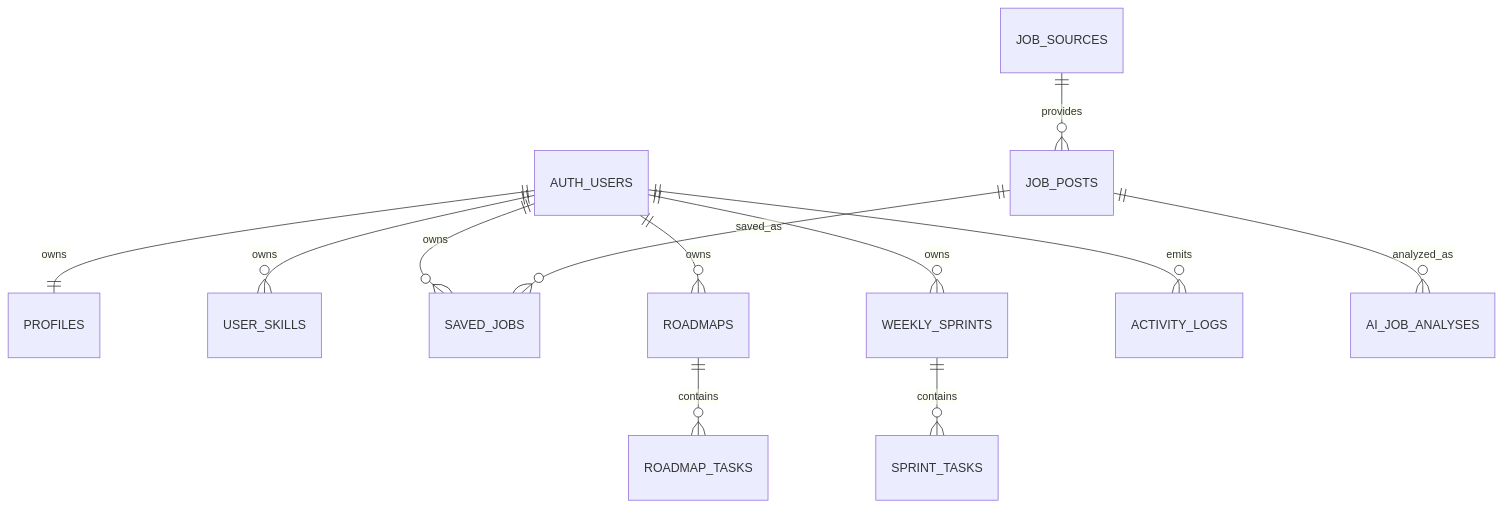
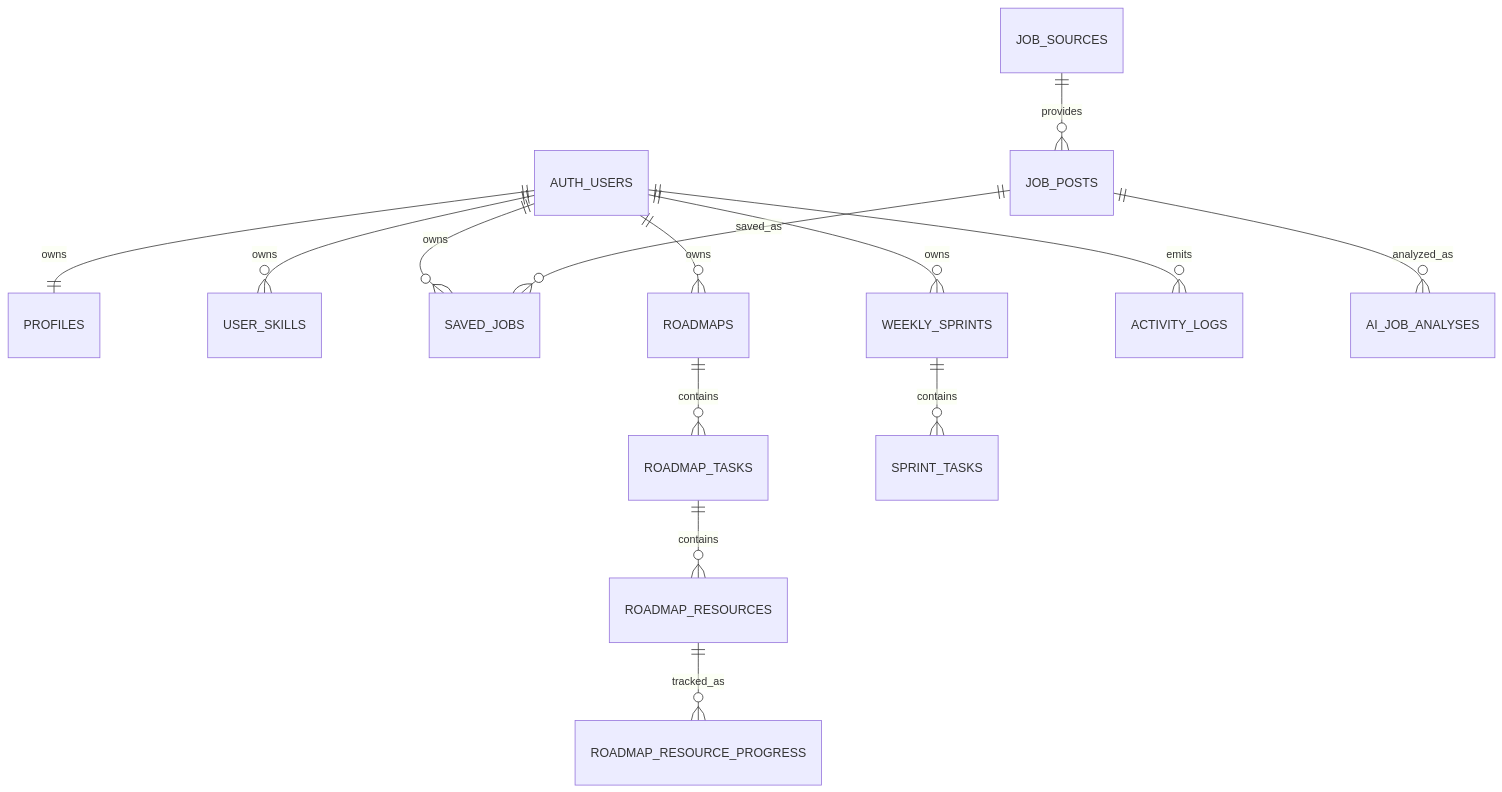
The diagram in docs/database-schema.md (Sutannn13/Skill-Path-AI), drawn with Mermaid before and after one commit. The commit also changed other lines of this file and 19 other files, not shown here.

````diff
--- a/docs/database-schema.md
+++ b/docs/database-schema.md
@@ -7,14 +7,16 @@
 ```mermaid
 erDiagram
   AUTH_USERS ||--|| PROFILES : owns
   AUTH_USERS ||--o{ USER_SKILLS : owns
   AUTH_USERS ||--o{ SAVED_JOBS : owns
   AUTH_USERS ||--o{ ROADMAPS : owns
   ROADMAPS ||--o{ ROADMAP_TASKS : contains
+  ROADMAP_TASKS ||--o{ ROADMAP_RESOURCES : contains
+  ROADMAP_RESOURCES ||--o{ ROADMAP_RESOURCE_PROGRESS : tracked_as
   AUTH_USERS ||--o{ WEEKLY_SPRINTS : owns
   WEEKLY_SPRINTS ||--o{ SPRINT_TASKS : contains
   AUTH_USERS ||--o{ ACTIVITY_LOGS : emits
   JOB_SOURCES ||--o{ JOB_POSTS : provides
   JOB_POSTS ||--o{ SAVED_JOBS : saved_as
   JOB_POSTS ||--o{ AI_JOB_ANALYSES : analyzed_as
 ```
````
